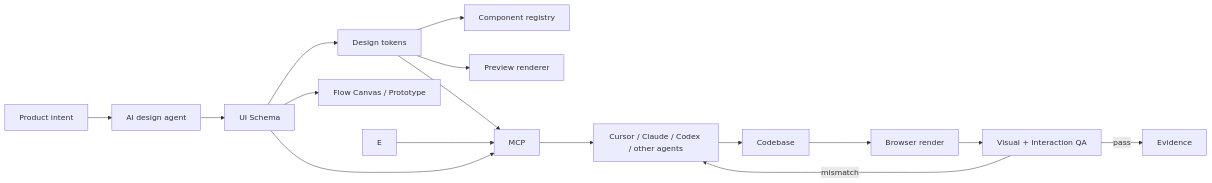
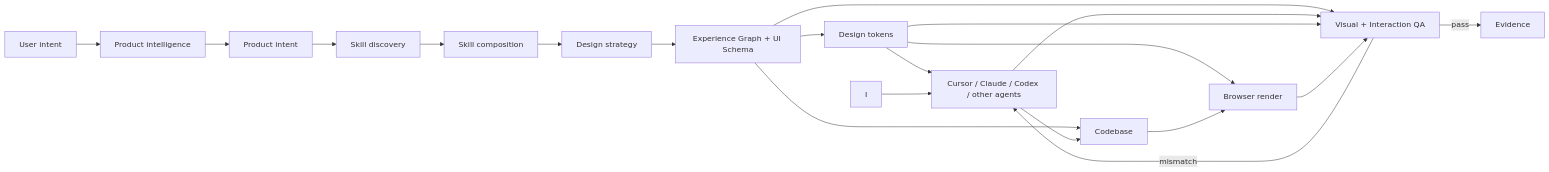
The first of 2 diagrams in README.md (tuanpham09/UIForge), drawn with Mermaid before and after one commit. The commit also changed other lines of this file, not shown here.

Commit message:
docs: integrate design intelligence into README

````diff
--- a/README.md
+++ b/README.md
@@ -42,18 +43,22 @@
 ```mermaid
 flowchart LR
-    A[Product intent] --> B[AI design agent]
-    B --> C[UI Schema]
-    C --> D[Design tokens]
-    D --> F[Component registry]
-    C --> G[Flow Canvas / Prototype]
-    D --> H[Preview renderer]
-    C --> I[MCP]
-    D --> I
-    E --> I
+    A[User intent] --> B[Product intelligence]
+    B --> C[Product intent]
+    C --> D[Skill discovery]
+    D --> E[Skill composition]
+    E --> F[Design strategy]
+    F --> G[Experience Graph + UI Schema]
+    G --> H[Design tokens]
+    H --> J[Component registry]
+    G --> K[Flow Canvas / Prototype]
+    H --> L[Preview renderer]
+    G --> M[MCP]
+    J --> M
+    H --> M
     I --> J[Cursor / Claude / Codex / other agents]
     J --> K[Codebase]
     K --> L[Browser render]
     L --> M[Visual + Interaction QA]
     M -->|mismatch| J
     M -->|pass| N[Evidence]
 ```
````
